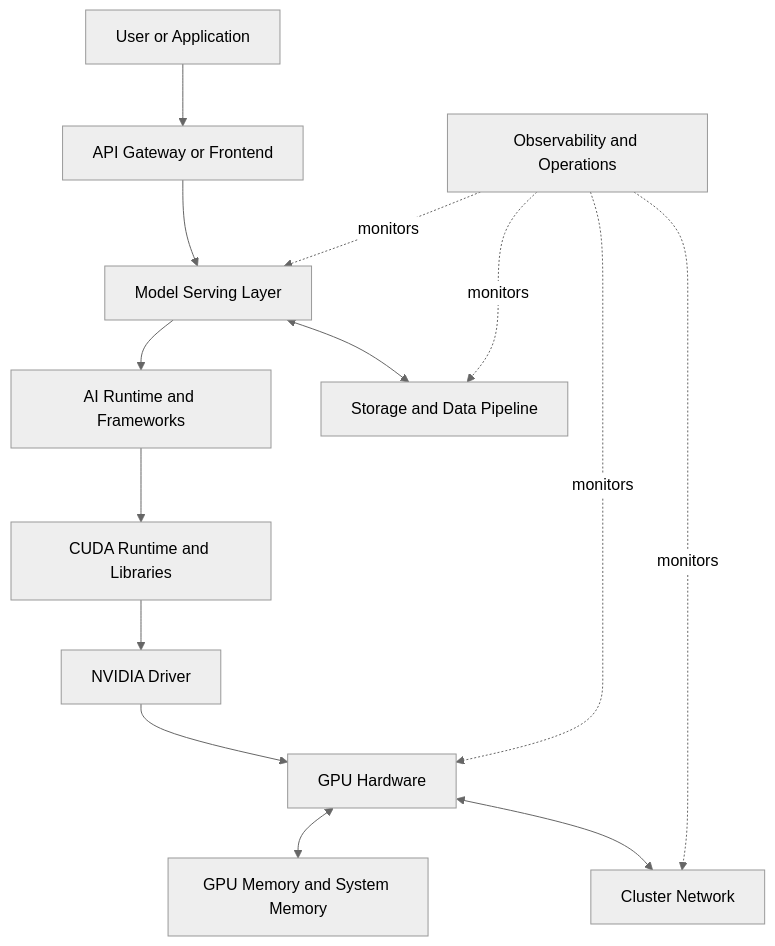
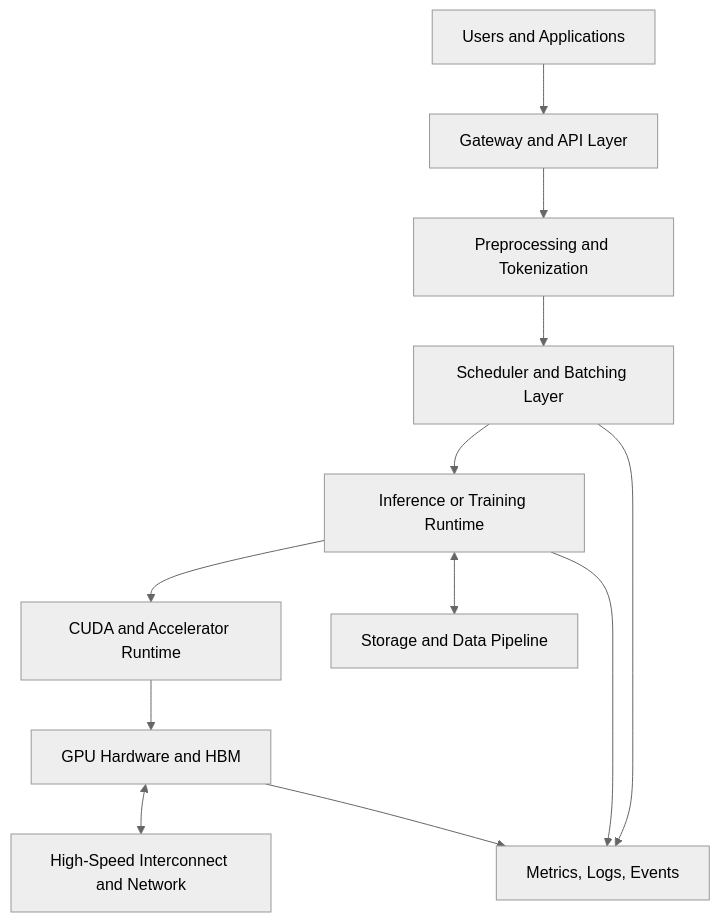
The first of 2 diagrams in docs/nvidia-zero-to-hero/volume-01/chapter-01-what-is-ai-infrastructure.md (jithinpnjm/nvidia-devops), drawn with Mermaid (neutral theme) before and after one commit. The commit also changed other lines of this file, not shown here.

````diff
--- a/docs/nvidia-zero-to-hero/volume-01/chapter-01-what-is-ai-infrastructure.md
+++ b/docs/nvidia-zero-to-hero/volume-01/chapter-01-what-is-ai-infrastructure.md
@@ -100,28 +58,14 @@
 ```mermaid
 flowchart TD
-    user[User or Application]
-    gateway[API Gateway or Frontend]
-    serving[Model Serving Layer]
-    runtime[AI Runtime and Frameworks]
-    cuda[CUDA Runtime and Libraries]
-    driver[NVIDIA Driver]
-    gpu[GPU Hardware]
-    memory[GPU Memory and System Memory]
-    network[Cluster Network]
-    storage[Storage and Data Pipeline]
-    observe[Observability and Operations]
-
-    user --> gateway
-    gateway --> serving
-    serving --> runtime
-    runtime --> cuda
-    cuda --> driver
-    driver --> gpu
-    gpu <--> memory
-    gpu <--> network
-    serving <--> storage
-    observe -. monitors .-> serving
-    observe -. monitors .-> gpu
-    observe -. monitors .-> network
-    observe -. monitors .-> storage
+    U[Users and Applications] --> G[Gateway and API Layer]
+    G --> P[Preprocessing and Tokenization]
+    P --> S[Scheduler and Batching Layer]
+    S --> R[Inference or Training Runtime]
+    R --> C[CUDA and Accelerator Runtime]
+    C --> H[GPU Hardware and HBM]
+    H <--> N[High-Speed Interconnect and Network]
+    R <--> D[Storage and Data Pipeline]
+    H --> O[Metrics, Logs, Events]
+    R --> O
+    S --> O
 ```
````
